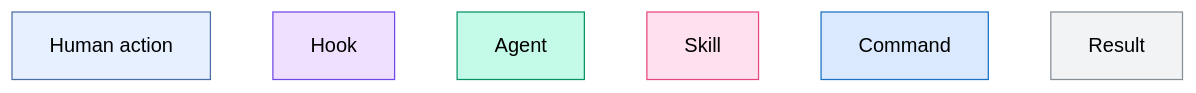
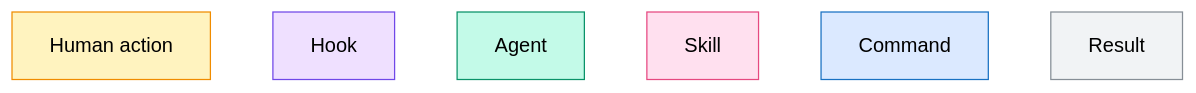
Before and after one commit to Juantomasgomez7/compliance-support: the first of 2 diagrams in README.md, drawn with Mermaid (forest theme). The commit also changed other lines of this file and 12 other files, not shown here.

````diff
--- a/README.md
+++ b/README.md
@@ -39,10 +82,10 @@
 ```mermaid
 flowchart LR
-    classDef human fill:#e7f0ff,stroke:#4a6fa5,color:#000000
+    classDef human fill:#fff3bf,stroke:#f08c00,color:#000000
     classDef hook fill:#efe0ff,stroke:#7048e8,color:#000000
     classDef agent fill:#c3fae8,stroke:#099268,color:#000000
     classDef skill fill:#ffe0ef,stroke:#e64980,color:#000000
     classDef command fill:#dbe9ff,stroke:#1971c2,color:#000000
     classDef state fill:#f1f3f5,stroke:#868e96,color:#000000
     k1["Human action"]:::human ~~~ k2["Hook"]:::hook ~~~ k3["Agent"]:::agent ~~~ k4["Skill"]:::skill ~~~ k5["Command"]:::command ~~~ k6["Result"]:::state
 ```
````
